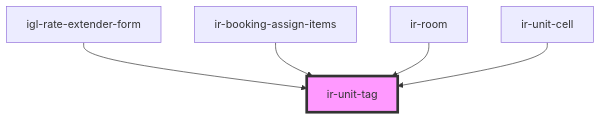
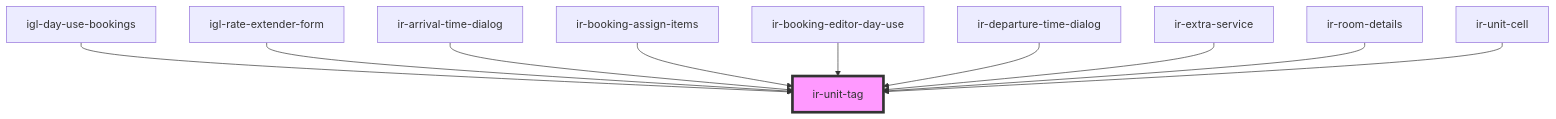
The diagram in src/components/ir-unit-tag/readme.md (RonyRizk/ir-webcmp), drawn with Mermaid before and after one commit. The commit also changed other lines of this file and 244 other files, not shown here.

````diff
--- a/src/components/ir-unit-tag/readme.md
+++ b/src/components/ir-unit-tag/readme.md
@@ -25,8 +30,13 @@
 ```mermaid
 graph TD;
+  igl-day-use-bookings --> ir-unit-tag
   igl-rate-extender-form --> ir-unit-tag
+  ir-arrival-time-dialog --> ir-unit-tag
   ir-booking-assign-items --> ir-unit-tag
-  ir-room --> ir-unit-tag
+  ir-booking-editor-day-use --> ir-unit-tag
+  ir-departure-time-dialog --> ir-unit-tag
+  ir-extra-service --> ir-unit-tag
+  ir-room-details --> ir-unit-tag
   ir-unit-cell --> ir-unit-tag
   style ir-unit-tag fill:#f9f,stroke:#333,stroke-width:4px
 ```
````
